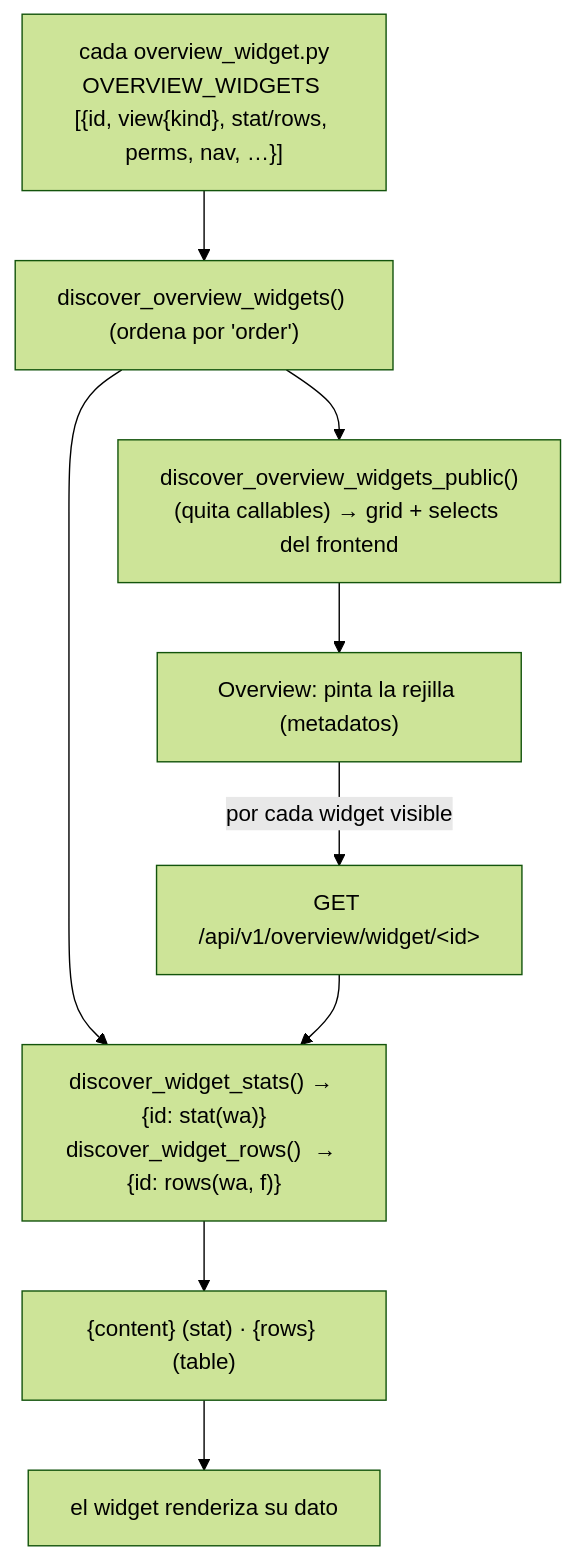
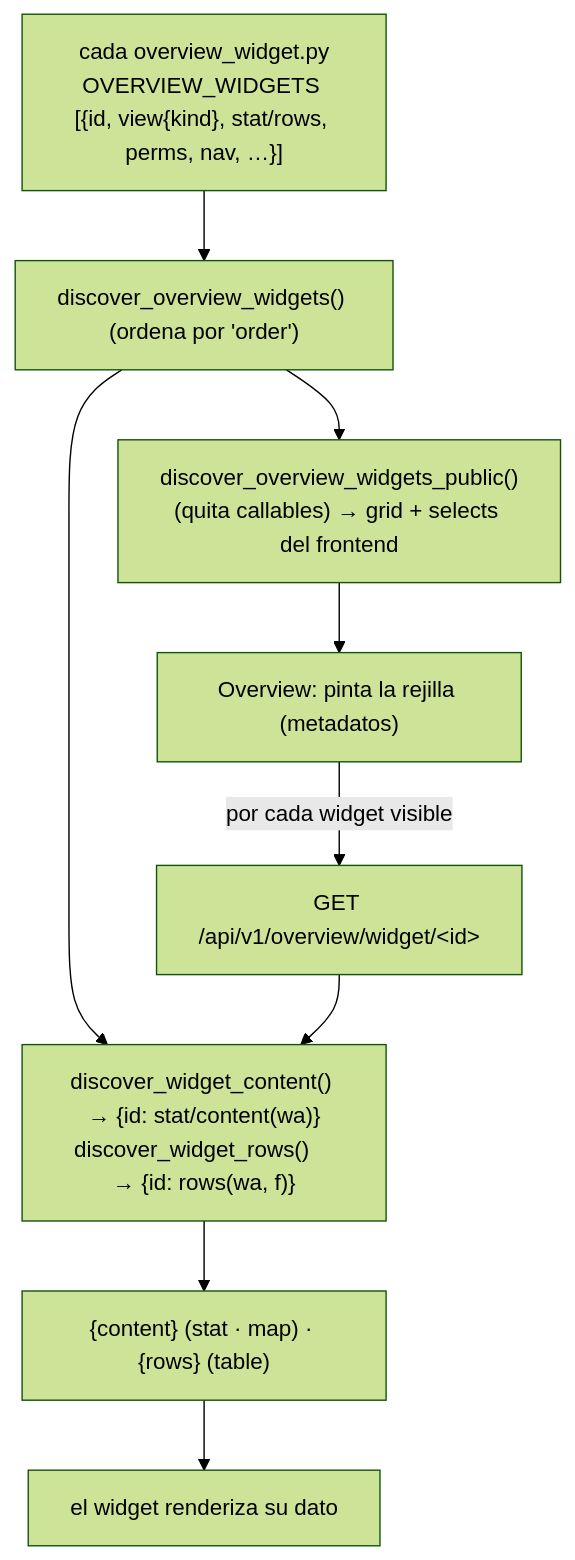
One commit to vsc55/ServiceSentry changed the third of 16 diagrams in docs/explica-descubrimiento.md. Above: the diagram before and after it, drawn with Mermaid (forest theme). The commit also changed other lines of this file and 160 other files, not shown here.

````diff
--- a/docs/explica-descubrimiento.md
+++ b/docs/explica-descubrimiento.md
@@ -178,12 +190,12 @@
 ```mermaid
 flowchart TB
     decl["cada overview_widget.py<br/>OVERVIEW_WIDGETS [{id, view{kind}, stat/rows, perms, nav, …}]"]
     decl --> disc["discover_overview_widgets() (ordena por 'order')"]
     disc --> pub["discover_overview_widgets_public()<br/>(quita callables) → grid + selects del frontend"]
-    disc --> prov["discover_widget_stats() → {id: stat(wa)}<br/>discover_widget_rows()  → {id: rows(wa, f)}"]
+    disc --> prov["discover_widget_content() → {id: stat/content(wa)}<br/>discover_widget_rows()    → {id: rows(wa, f)}"]
     pub --> grid["Overview: pinta la rejilla (metadatos)"]
     grid -- "por cada widget visible" --> ajax["GET /api/v1/overview/widget/&lt;id&gt;"]
     ajax --> prov
-    prov --> resp["{content} (stat) · {rows} (table)"]
+    prov --> resp["{content} (stat · map) · {rows} (table)"]
     resp --> card["el widget renderiza su dato"]
 ```
````
